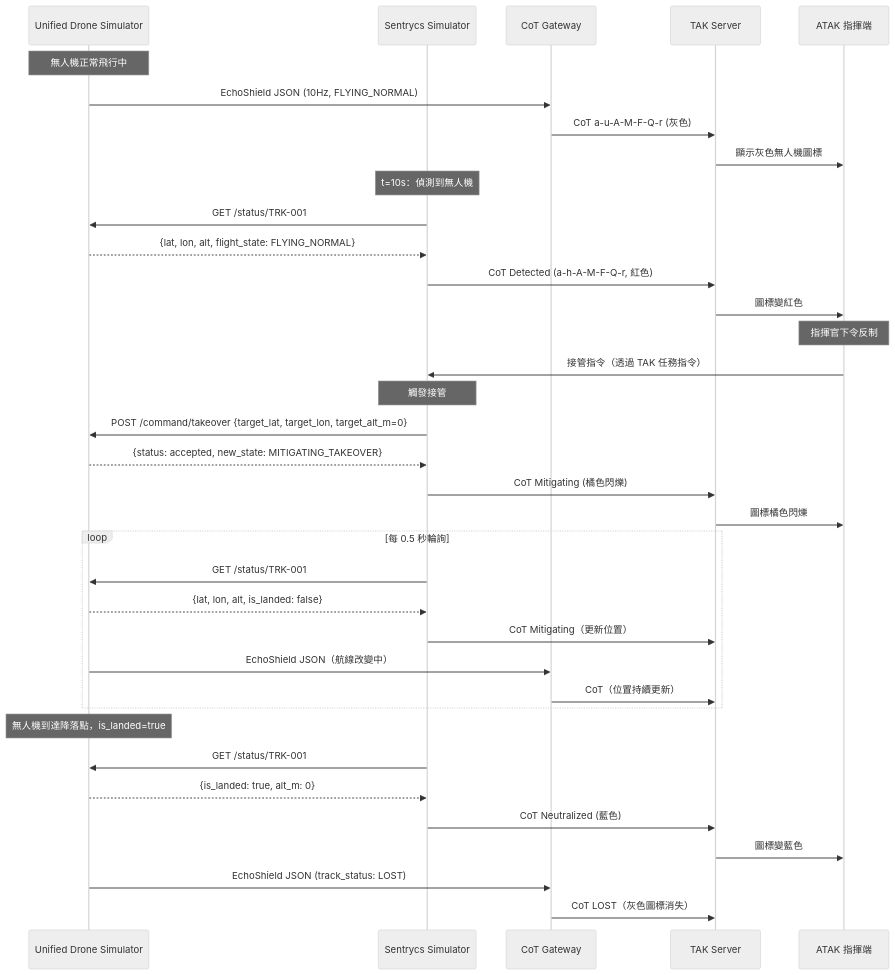
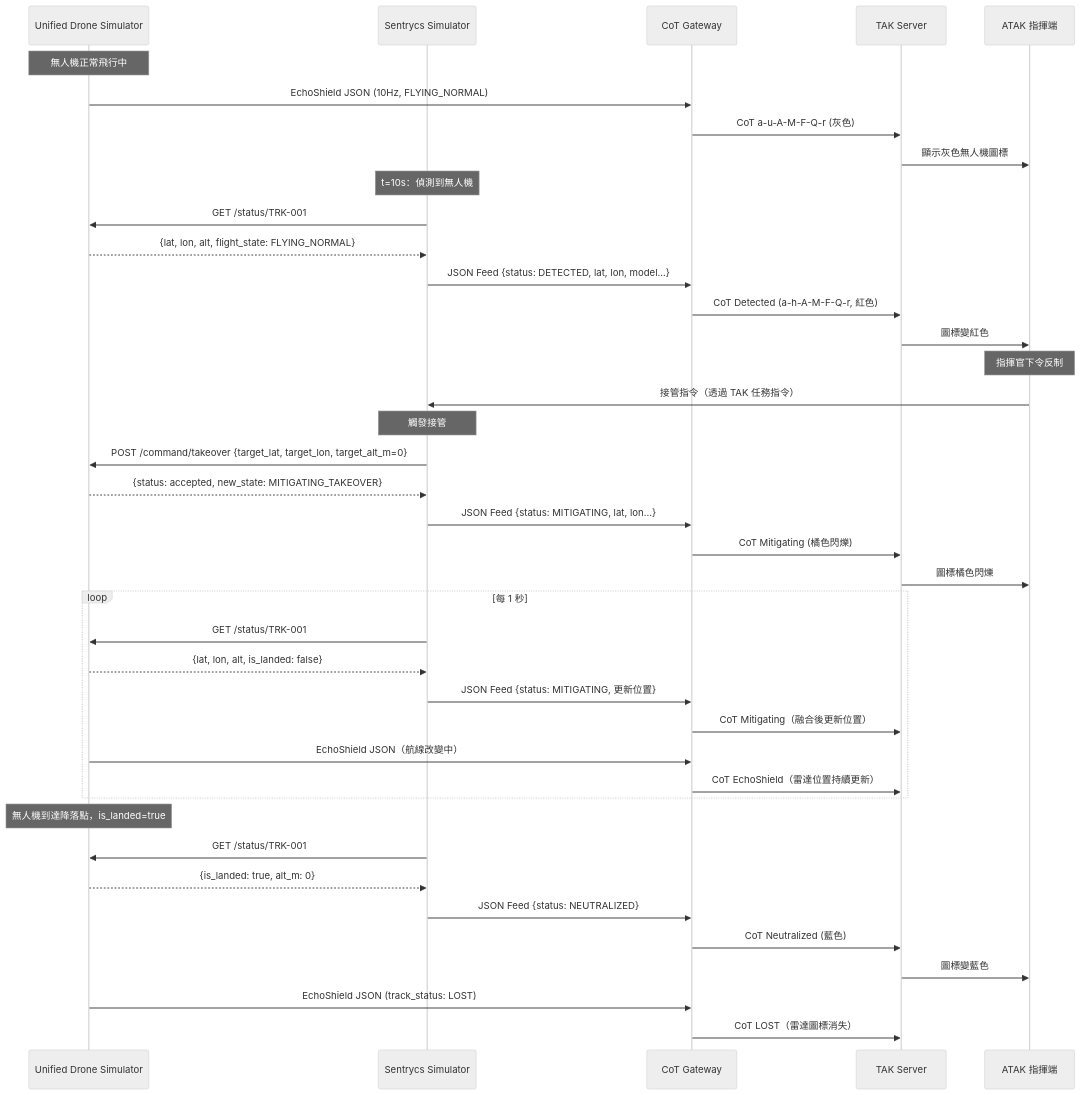
The third of 4 diagrams in docs/system-docs/01-system-architecture.md (aplool-tw/cics-tak-demo), drawn with Mermaid (neutral theme) before and after one commit. The commit also changed other lines of this file and 5 other files, not shown here.

````diff
--- a/docs/system-docs/01-system-architecture.md
+++ b/docs/system-docs/01-system-architecture.md
@@ -186,44 +191,48 @@
 ```mermaid
 sequenceDiagram
     participant UDS as Unified Drone Simulator
     participant SC as Sentrycs Simulator
     participant GW as CoT Gateway
     participant TAK as TAK Server
     participant ATAK as ATAK 指揮端
 
     Note over UDS: 無人機正常飛行中
     UDS->>GW: EchoShield JSON (10Hz, FLYING_NORMAL)
     GW->>TAK: CoT a-u-A-M-F-Q-r (灰色)
     TAK->>ATAK: 顯示灰色無人機圖標
 
     Note over SC: t=10s：偵測到無人機
     SC->>UDS: GET /status/TRK-001
     UDS-->>SC: {lat, lon, alt, flight_state: FLYING_NORMAL}
-    SC->>TAK: CoT Detected (a-h-A-M-F-Q-r, 紅色)
+    SC->>GW: JSON Feed {status: DETECTED, lat, lon, model...}
+    GW->>TAK: CoT Detected (a-h-A-M-F-Q-r, 紅色)
     TAK->>ATAK: 圖標變紅色
 
     Note over ATAK: 指揮官下令反制
     ATAK->>SC: 接管指令（透過 TAK 任務指令）
 
     Note over SC: 觸發接管
     SC->>UDS: POST /command/takeover {target_lat, target_lon, target_alt_m=0}
     UDS-->>SC: {status: accepted, new_state: MITIGATING_TAKEOVER}
-    SC->>TAK: CoT Mitigating (橘色閃爍)
+    SC->>GW: JSON Feed {status: MITIGATING, lat, lon...}
+    GW->>TAK: CoT Mitigating (橘色閃爍)
     TAK->>ATAK: 圖標橘色閃爍
 
-    loop 每 0.5 秒輪詢
+    loop 每 1 秒
         SC->>UDS: GET /status/TRK-001
         UDS-->>SC: {lat, lon, alt, is_landed: false}
-        SC->>TAK: CoT Mitigating（更新位置）
+        SC->>GW: JSON Feed {status: MITIGATING, 更新位置}
+        GW->>TAK: CoT Mitigating（融合後更新位置）
         UDS->>GW: EchoShield JSON（航線改變中）
-        GW->>TAK: CoT（位置持續更新）
+        GW->>TAK: CoT EchoShield（雷達位置持續更新）
     end
 
     Note over UDS: 無人機到達降落點，is_landed=true
     SC->>UDS: GET /status/TRK-001
     UDS-->>SC: {is_landed: true, alt_m: 0}
-    SC->>TAK: CoT Neutralized (藍色)
+    SC->>GW: JSON Feed {status: NEUTRALIZED}
+    GW->>TAK: CoT Neutralized (藍色)
     TAK->>ATAK: 圖標變藍色
     UDS->>GW: EchoShield JSON (track_status: LOST)
-    GW->>TAK: CoT LOST（灰色圖標消失）
+    GW->>TAK: CoT LOST（雷達圖標消失）
 ```
````
